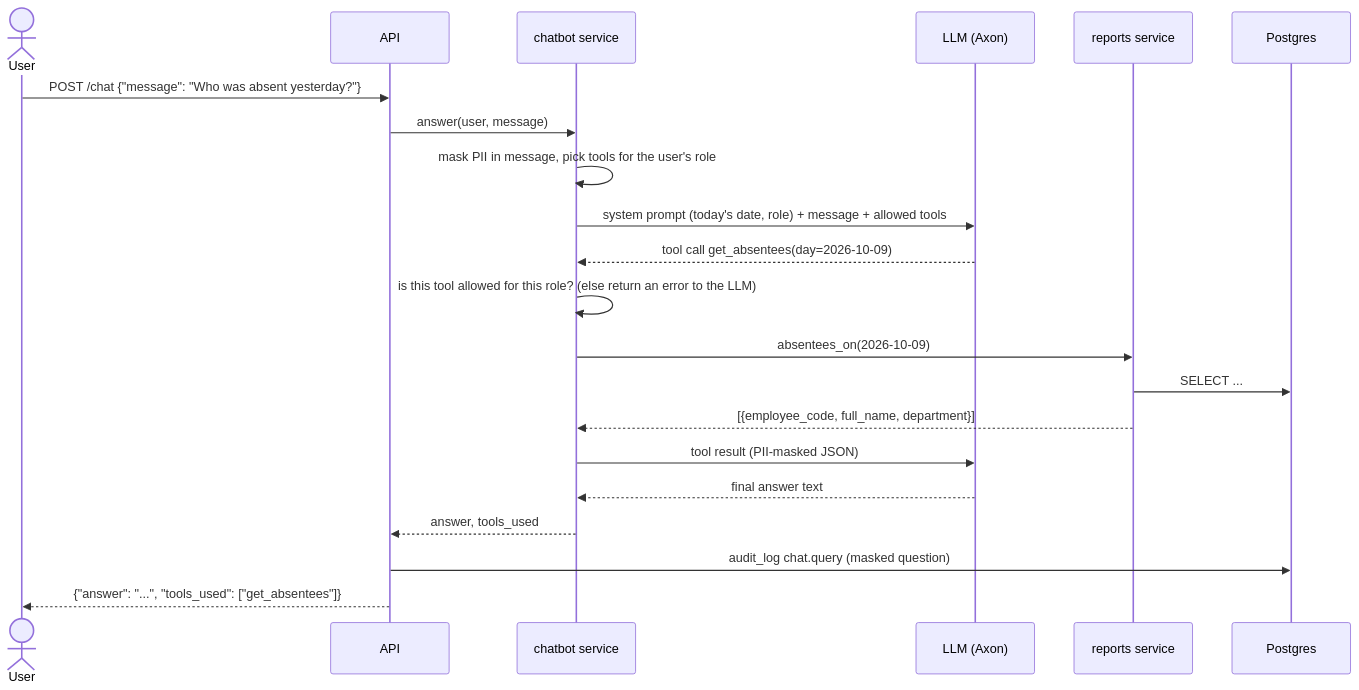
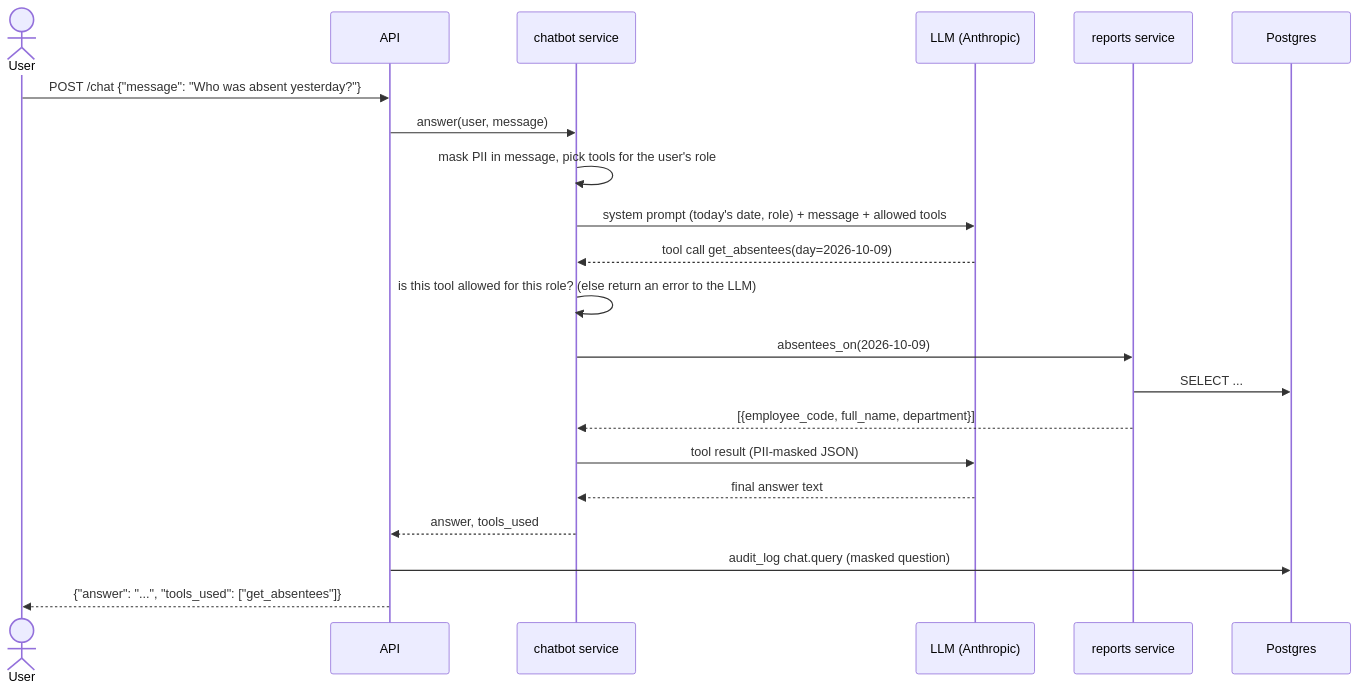
One commit to gpr-27/Assignment changed the sixth of 8 diagrams in attendance-platform/docs/ARCHITECTURE.md. Above: the diagram before and after it, drawn with Mermaid. The commit also changed other lines of this file and 14 other files, not shown here.

First line of the commit message:
Switch LLM integration from Agent Router to official Anthropic API.

````diff
--- a/attendance-platform/docs/ARCHITECTURE.md
+++ b/attendance-platform/docs/ARCHITECTURE.md
@@ -160,24 +160,24 @@
 ```mermaid
 sequenceDiagram
     actor U as User
     participant API
     participant BOT as chatbot service
-    participant L as LLM (Axon)
+    participant L as LLM (Anthropic)
     participant R as reports service
     participant DB as Postgres
 
     U->>API: POST /chat {"message": "Who was absent yesterday?"}
     API->>BOT: answer(user, message)
     BOT->>BOT: mask PII in message, pick tools for the user's role
     BOT->>L: system prompt (today's date, role) + message + allowed tools
     L-->>BOT: tool call get_absentees(day=2026-10-09)
     BOT->>BOT: is this tool allowed for this role? (else return an error to the LLM)
     BOT->>R: absentees_on(2026-10-09)
     R->>DB: SELECT ...
     R-->>BOT: [{employee_code, full_name, department}]
     BOT->>L: tool result (PII-masked JSON)
     L-->>BOT: final answer text
     BOT-->>API: answer, tools_used
     API->>DB: audit_log chat.query (masked question)
     API-->>U: {"answer": "...", "tools_used": ["get_absentees"]}
 ```
````
